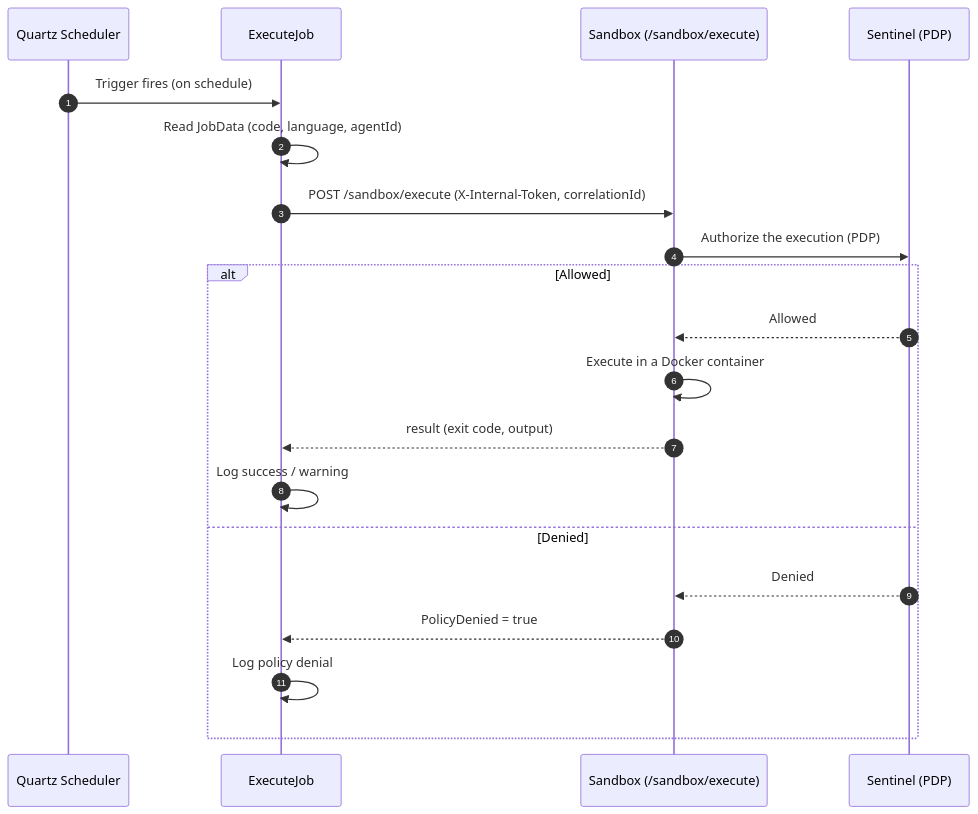
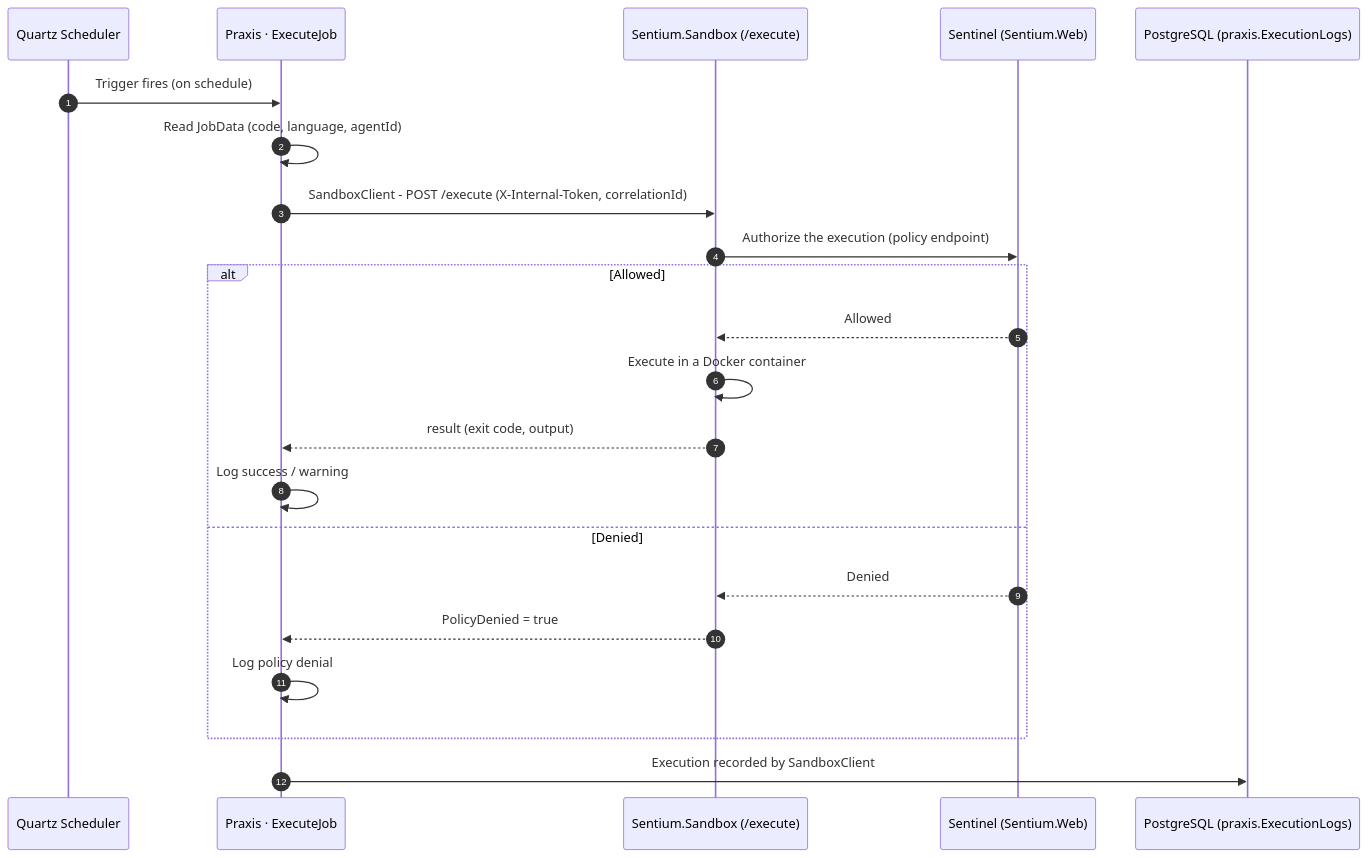
The diagram in docs/diagrams/scheduling-2-scheduled-execution.md (mihailshterev/sentium), drawn with Mermaid before and after one commit. The commit also changed 99 other files, not shown here.

````diff
--- a/docs/diagrams/scheduling-2-scheduled-execution.md
+++ b/docs/diagrams/scheduling-2-scheduled-execution.md
@@ -1,23 +1,25 @@
 ```mermaid
 sequenceDiagram
     autonumber
     participant SCH as Quartz Scheduler
-    participant EJ as ExecuteJob
-    participant SB as Sandbox (/sandbox/execute)
-    participant SE as Sentinel (PDP)
+    participant EJ as Praxis · ExecuteJob
+    participant SB as Sentium.Sandbox (/execute)
+    participant SE as Sentinel (Sentium.Web)
+    participant LOG as PostgreSQL (praxis.ExecutionLogs)
 
     SCH->>EJ: Trigger fires (on schedule)
     EJ->>EJ: Read JobData (code, language, agentId)
-    EJ->>SB: POST /sandbox/execute (X-Internal-Token, correlationId)
-    SB->>SE: Authorize the execution (PDP)
+    EJ->>SB: SandboxClient - POST /execute (X-Internal-Token, correlationId)
+    SB->>SE: Authorize the execution (policy endpoint)
     alt Allowed
         SE-->>SB: Allowed
         SB->>SB: Execute in a Docker container
         SB-->>EJ: result (exit code, output)
         EJ->>EJ: Log success / warning
     else Denied
         SE-->>SB: Denied
         SB-->>EJ: PolicyDenied = true
         EJ->>EJ: Log policy denial
     end
+    EJ->>LOG: Execution recorded by SandboxClient
 ```
````
